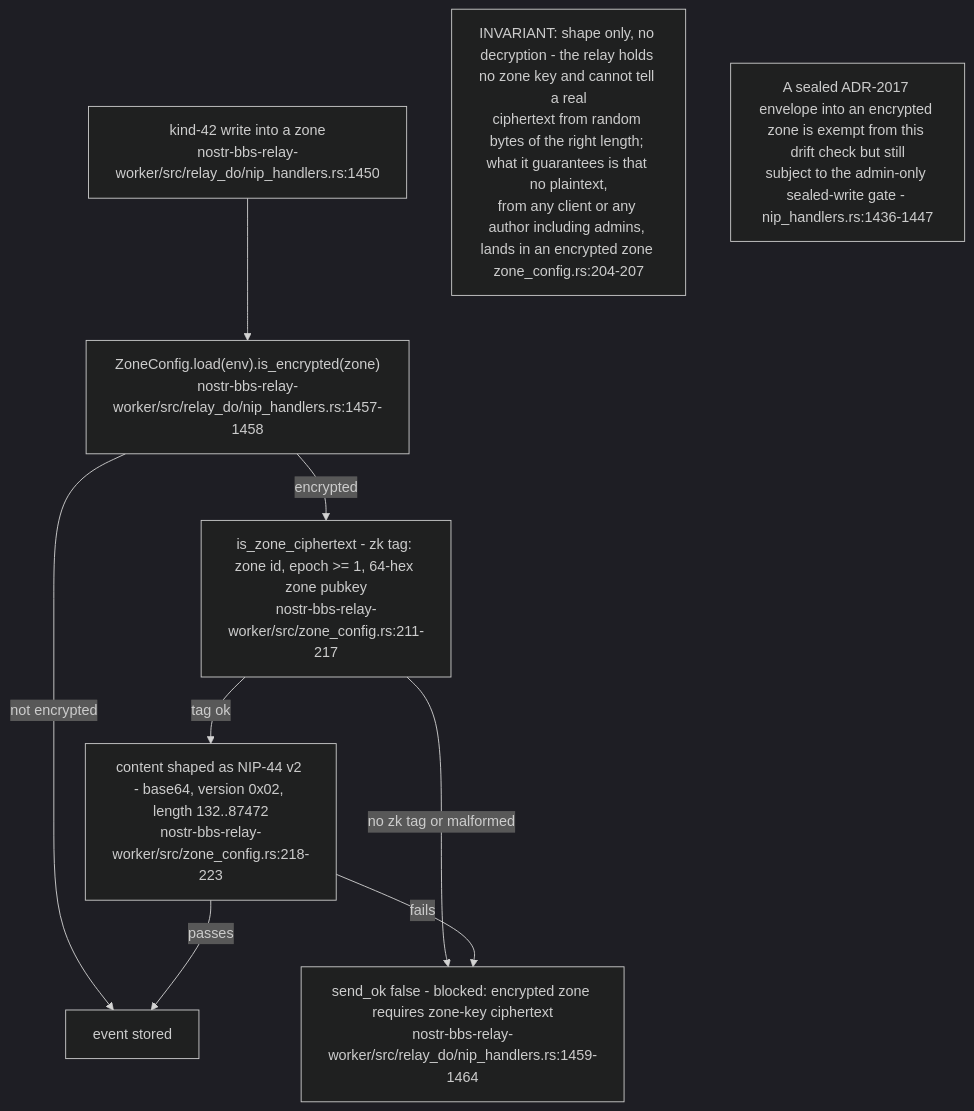
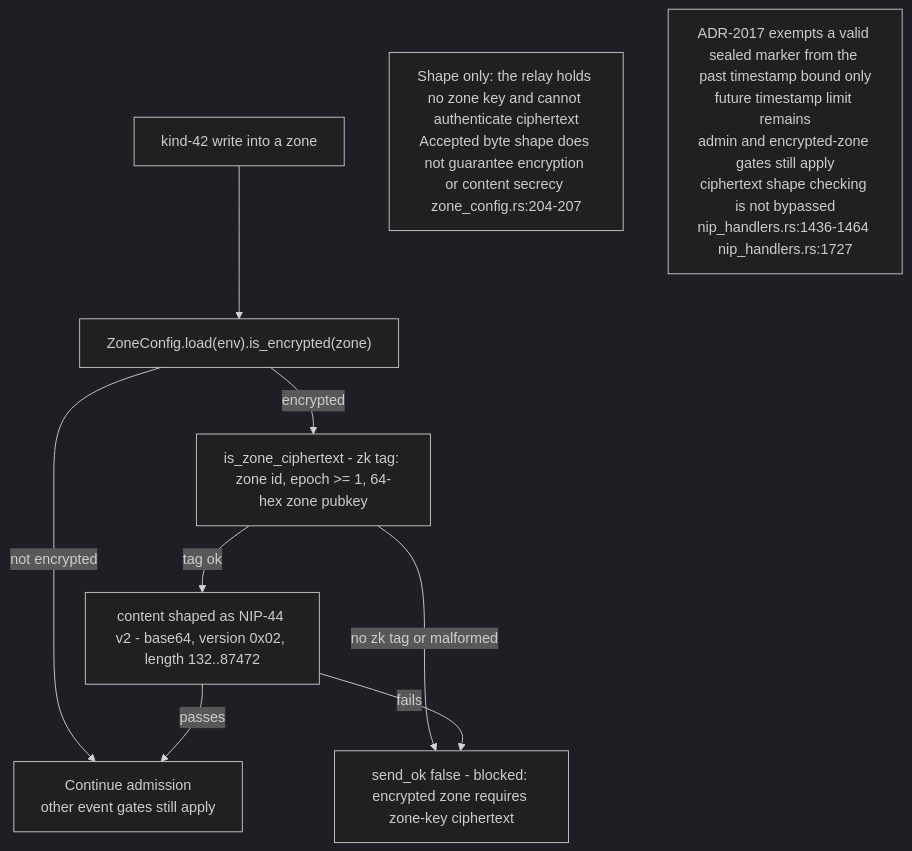
One commit to DreamLab-AI/VisionFlow changed the ninth of 9 diagrams in docs/diagrams/nostr-rust-forum/08-config-zones-stores-and-admin-authority.md. Above: the diagram before and after it, drawn with Mermaid (dark theme). The commit also changed other lines of this file and 51 other files, not shown here.

````diff
--- a/docs/diagrams/nostr-rust-forum/08-config-zones-stores-and-admin-authority.md
+++ b/docs/diagrams/nostr-rust-forum/08-config-zones-stores-and-admin-authority.md
@@ -300,20 +300,25 @@
 ```mermaid
 flowchart TB
-    WRITE["kind-42 write into a zone<br/>nostr-bbs-relay-worker/src/relay_do/nip_handlers.rs:1450"]
-    LOOKUP["ZoneConfig.load(env).is_encrypted(zone)<br/>nostr-bbs-relay-worker/src/relay_do/nip_handlers.rs:1457-1458"]
-    TAGCHK["is_zone_ciphertext - zk tag: zone id, epoch >= 1, 64-hex zone pubkey<br/>nostr-bbs-relay-worker/src/zone_config.rs:211-217"]
-    SHAPECHK["content shaped as NIP-44 v2 - base64, version 0x02, length 132..87472<br/>nostr-bbs-relay-worker/src/zone_config.rs:218-223"]
-    REJECT["send_ok false - blocked: encrypted zone requires zone-key ciphertext<br/>nostr-bbs-relay-worker/src/relay_do/nip_handlers.rs:1459-1464"]
-    ACCEPT["event stored"]
+    %% Source: ../nostr-rust-forum/crates/nostr-bbs-relay-worker/src/relay_do/nip_handlers.rs:1450
+    WRITE["kind-42 write into a zone"]
+    %% Source: ../nostr-rust-forum/crates/nostr-bbs-relay-worker/src/relay_do/nip_handlers.rs:1457-1458
+    LOOKUP["ZoneConfig.load(env).is_encrypted(zone)"]
+    %% Source: ../nostr-rust-forum/crates/nostr-bbs-relay-worker/src/zone_config.rs:211-217
+    TAGCHK["is_zone_ciphertext - zk tag: zone id, epoch >= 1, 64-hex zone pubkey"]
+    %% Source: ../nostr-rust-forum/crates/nostr-bbs-relay-worker/src/zone_config.rs:218-223
+    SHAPECHK["content shaped as NIP-44 v2 - base64, version 0x02, length 132..87472"]
+    %% Source: ../nostr-rust-forum/crates/nostr-bbs-relay-worker/src/relay_do/nip_handlers.rs:1459-1464
+    REJECT["send_ok false - blocked: encrypted zone requires zone-key ciphertext"]
+    ACCEPT["Continue admission<br/>other event gates still apply"]
 
     WRITE --> LOOKUP
     LOOKUP -->|"encrypted"| TAGCHK
     LOOKUP -->|"not encrypted"| ACCEPT
     TAGCHK -->|"tag ok"| SHAPECHK
     TAGCHK -->|"no zk tag or malformed"| REJECT
     SHAPECHK -->|"passes"| ACCEPT
     SHAPECHK -->|"fails"| REJECT
 
-    N1["INVARIANT: shape only, no decryption - the relay holds no zone key and cannot tell a real<br/>ciphertext from random bytes of the right length; what it guarantees is that no plaintext,<br/>from any client or any author including admins, lands in an encrypted zone zone_config.rs:204-207"]
-    N2["A sealed ADR-2017 envelope into an encrypted zone is exempt from this drift check but still<br/>subject to the admin-only sealed-write gate - nip_handlers.rs:1436-1447"]
+    N1["Shape only: the relay holds no zone key and cannot authenticate ciphertext<br/>Accepted byte shape does not guarantee encryption or content secrecy zone_config.rs:204-207"]
+    N2["ADR-2017 exempts a valid sealed marker from the past timestamp bound only<br/>future timestamp limit remains<br/>admin and encrypted-zone gates still apply<br/>ciphertext shape checking is not bypassed<br/>nip_handlers.rs:1436-1464 nip_handlers.rs:1727"]
 ```
````
